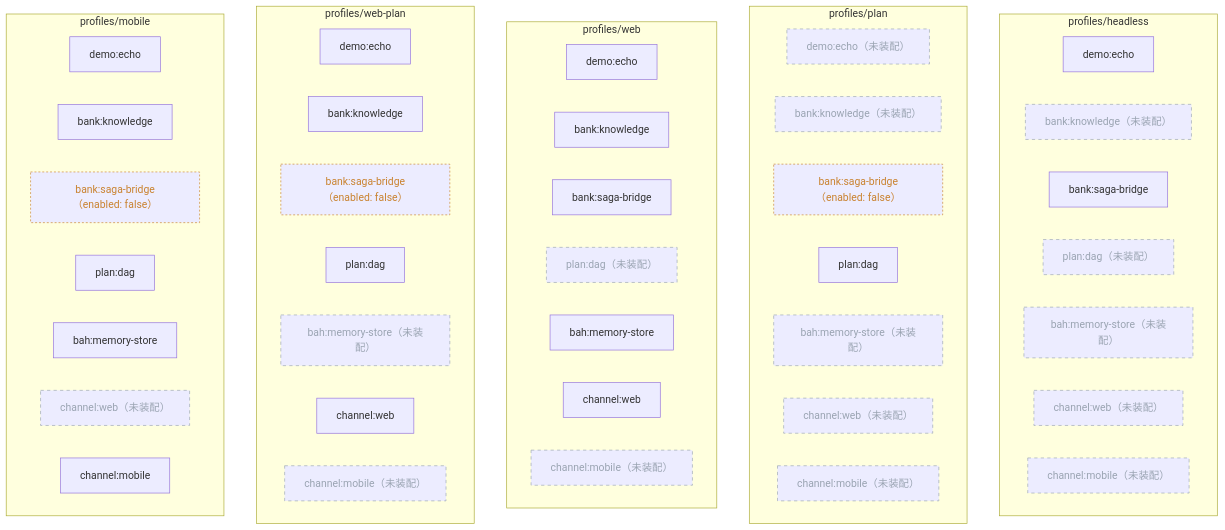
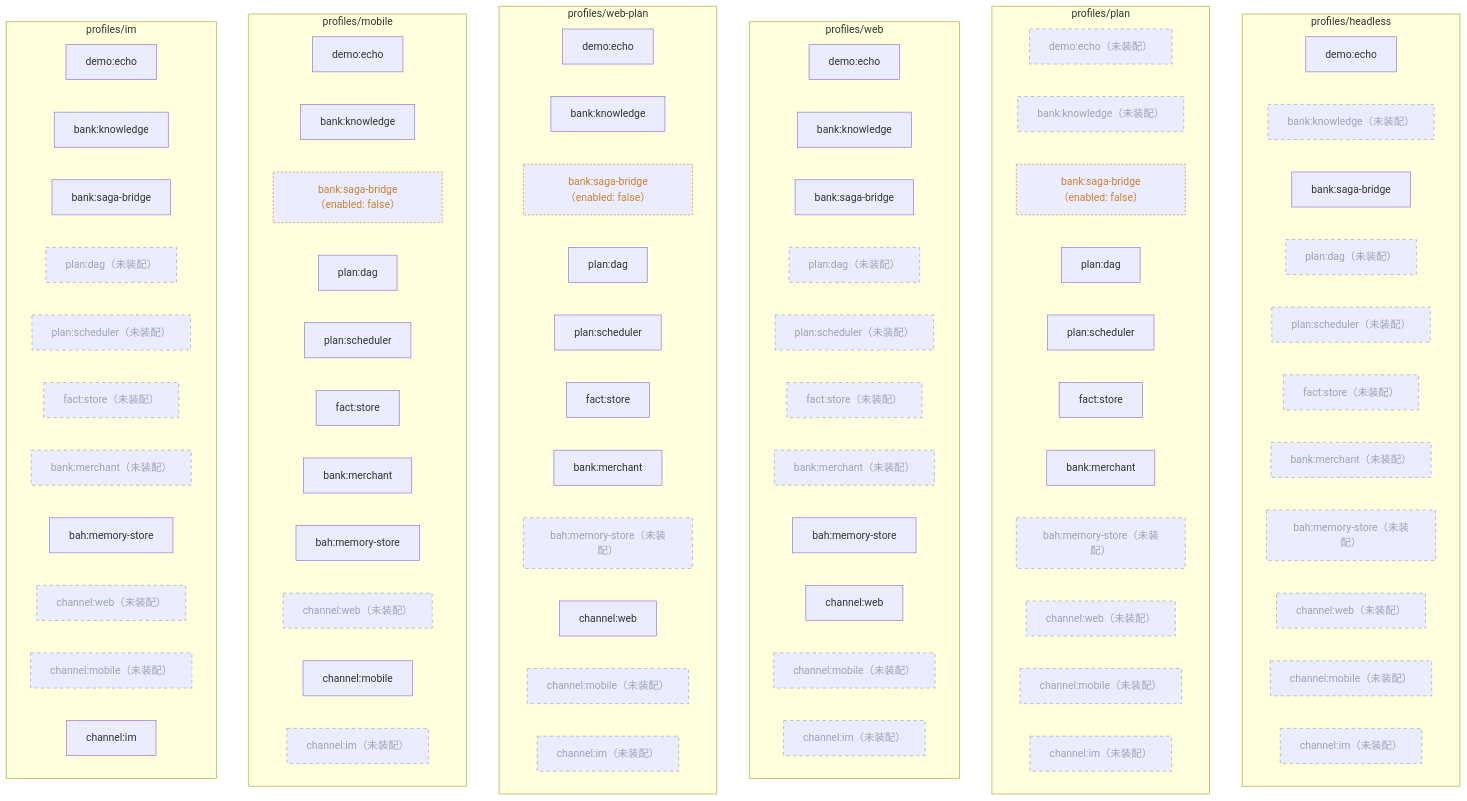
Before and after one commit to YYYPROBEE/BAH: the second of 2 diagrams in docs/architecture.md, drawn with Mermaid. The commit also changed other lines of this file and 400 other files, not shown here.

````diff
--- a/docs/architecture.md
+++ b/docs/architecture.md
@@ -202,48 +226,81 @@
     p11_headless["bank:knowledge（未装配）"]
     p19_headless["bank:saga-bridge"]
     p20_headless["plan:dag（未装配）"]
-    p21_headless["bah:memory-store（未装配）"]
-    p24_headless["channel:web（未装配）"]
-    p25_headless["channel:mobile（未装配）"]
+    p21_headless["plan:scheduler（未装配）"]
+    p22_headless["fact:store（未装配）"]
+    p23_headless["bank:merchant（未装配）"]
+    p24_headless["bah:memory-store（未装配）"]
+    p27_headless["channel:web（未装配）"]
+    p28_headless["channel:mobile（未装配）"]
+    p30_headless["channel:im（未装配）"]
   end
   subgraph P_plan["profiles/plan"]
     p8_plan["demo:echo（未装配）"]
     p11_plan["bank:knowledge（未装配）"]
     p19_plan["bank:saga-bridge（enabled: false）"]
     p20_plan["plan:dag"]
-    p21_plan["bah:memory-store（未装配）"]
-    p24_plan["channel:web（未装配）"]
-    p25_plan["channel:mobile（未装配）"]
+    p21_plan["plan:scheduler"]
+    p22_plan["fact:store"]
+    p23_plan["bank:merchant"]
+    p24_plan["bah:memory-store（未装配）"]
+    p27_plan["channel:web（未装配）"]
+    p28_plan["channel:mobile（未装配）"]
+    p30_plan["channel:im（未装配）"]
   end
   subgraph P_web["profiles/web"]
     p8_web["demo:echo"]
     p11_web["bank:knowledge"]
     p19_web["bank:saga-bridge"]
     p20_web["plan:dag（未装配）"]
-    p21_web["bah:memory-store"]
-    p24_web["channel:web"]
-    p25_web["channel:mobile（未装配）"]
+    p21_web["plan:scheduler（未装配）"]
+    p22_web["fact:store（未装配）"]
+    p23_web["bank:merchant（未装配）"]
+    p24_web["bah:memory-store"]
+    p27_web["channel:web"]
+    p28_web["channel:mobile（未装配）"]
+    p30_web["channel:im（未装配）"]
   end
   subgraph P_web-plan["profiles/web-plan"]
     p8_web-plan["demo:echo"]
     p11_web-plan["bank:knowledge"]
     p19_web-plan["bank:saga-bridge（enabled: false）"]
     p20_web-plan["plan:dag"]
-    p21_web-plan["bah:memory-store（未装配）"]
-    p24_web-plan["channel:web"]
-    p25_web-plan["channel:mobile（未装配）"]
+    p21_web-plan["plan:scheduler"]
+    p22_web-plan["fact:store"]
+    p23_web-plan["bank:merchant"]
+    p24_web-plan["bah:memory-store（未装配）"]
+    p27_web-plan["channel:web"]
+    p28_web-plan["channel:mobile（未装配）"]
+    p30_web-plan["channel:im（未装配）"]
   end
   subgraph P_mobile["profiles/mobile"]
     p8_mobile["demo:echo"]
     p11_mobile["bank:knowledge"]
     p19_mobile["bank:saga-bridge（enabled: false）"]
     p20_mobile["plan:dag"]
-    p21_mobile["bah:memory-store"]
-    p24_mobile["channel:web（未装配）"]
-    p25_mobile["channel:mobile"]
+    p21_mobile["plan:scheduler"]
+    p22_mobile["fact:store"]
+    p23_mobile["bank:merchant"]
+    p24_mobile["bah:memory-store"]
+    p27_mobile["channel:web（未装配）"]
+    p28_mobile["channel:mobile"]
+    p30_mobile["channel:im（未装配）"]
+  end
+  subgraph P_im["profiles/im"]
+    p8_im["demo:echo"]
+    p11_im["bank:knowledge"]
+    p19_im["bank:saga-bridge"]
+    p20_im["plan:dag（未装配）"]
+    p21_im["plan:scheduler（未装配）"]
+    p22_im["fact:store（未装配）"]
+    p23_im["bank:merchant（未装配）"]
+    p24_im["bah:memory-store"]
+    p27_im["channel:web（未装配）"]
+    p28_im["channel:mobile（未装配）"]
+    p30_im["channel:im"]
   end
   classDef ghost stroke-dasharray: 5 5,stroke:#9aa4b2,color:#9aa4b2
   classDef off stroke-dasharray: 3 3,stroke:#c9822f,color:#c9822f
-  class p11_headless,p20_headless,p21_headless,p24_headless,p25_headless,p8_plan,p11_plan,p21_plan,p24_plan,p25_plan,p20_web,p25_web,p21_web-plan,p25_web-plan,p24_mobile ghost
+  class p11_headless,p20_headless,p21_headless,p22_headless,p23_headless,p24_headless,p27_headless,p28_headless,p30_headless,p8_plan,p11_plan,p24_plan,p27_plan,p28_plan,p30_plan,p20_web,p21_web,p22_web,p23_web,p28_web,p30_web,p24_web-plan,p28_web-plan,p30_web-plan,p27_mobile,p30_mobile,p20_im,p21_im,p22_im,p23_im,p27_im,p28_im ghost
   class p19_plan,p19_web-plan,p19_mobile off
 ```
````
